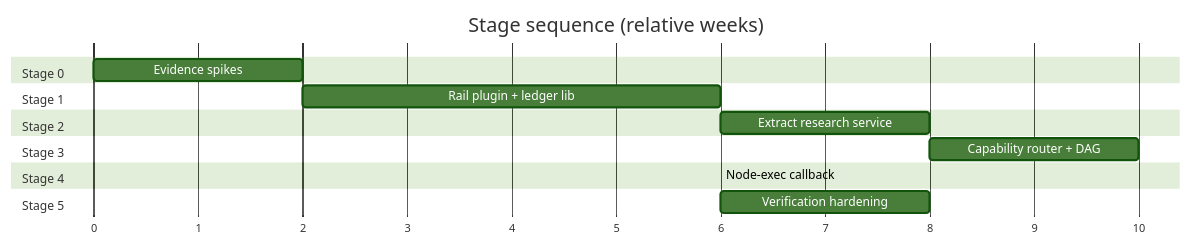
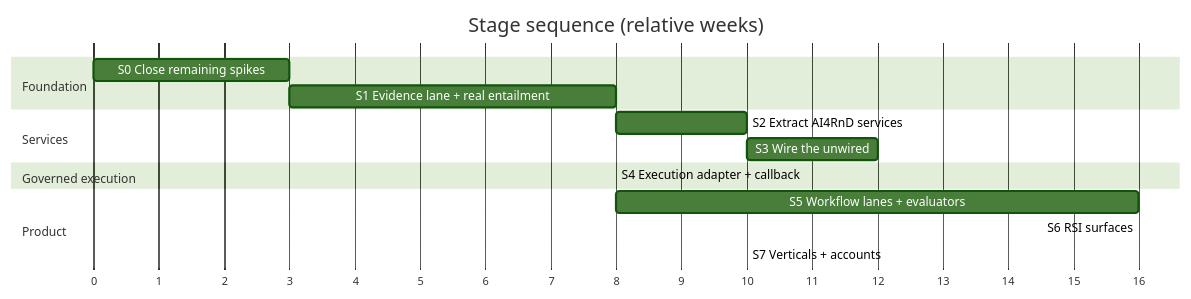
The diagram in docs/analysis/ai4rnd-jiuwenswarm/09-implementation-plan.md (suraj-subrahmanyan/jiuwenswarm), drawn with Mermaid (forest theme) before and after one commit. The commit also changed other lines of this file and 17 other files, not shown here.

````diff
--- a/docs/analysis/ai4rnd-jiuwenswarm/09-implementation-plan.md
+++ b/docs/analysis/ai4rnd-jiuwenswarm/09-implementation-plan.md
@@ -7,18 +10,18 @@
 ```mermaid
 gantt
     dateFormat X
     axisFormat %s
     title Stage sequence (relative weeks)
-    section Stage 0
-    Evidence spikes           :s0, 0, 2
-    section Stage 1
-    Rail plugin + ledger lib  :s1, after s0, 6
-    section Stage 2
-    Extract research service  :s2, after s1, 8
-    section Stage 3
-    Capability router + DAG   :s3, after s2, 10
-    section Stage 4
-    Node-exec callback        :s4, after s3, 6
-    section Stage 5
-    Verification hardening    :s5, after s4, 8
+    section Foundation
+    S0 Close remaining spikes        :s0, 0, 3
+    S1 Evidence lane + real entailment :s1, after s0, 8
+    section Services
+    S2 Extract AI4RnD services       :s2, after s1, 10
+    S3 Wire the unwired              :s3, after s2, 12
+    section Governed execution
+    S4 Execution adapter + callback  :s4, after s3, 8
+    section Product
+    S5 Workflow lanes + evaluators   :s5, after s4, 16
+    S6 RSI surfaces                  :s6, after s5, 16
+    S7 Verticals + accounts          :s7, after s6, 10
 ```
````
